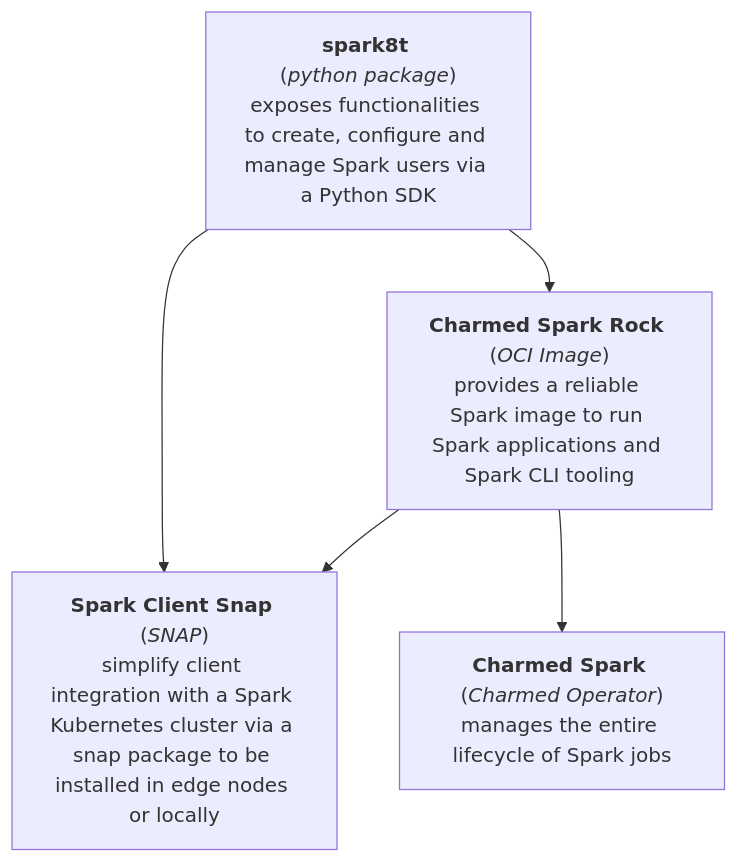
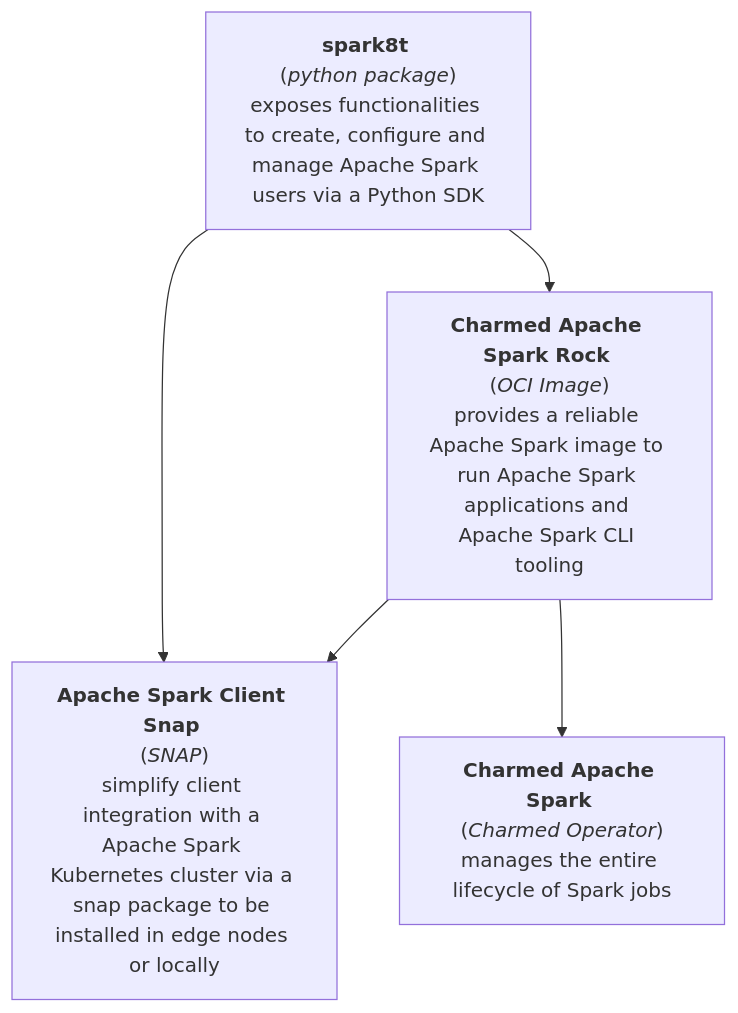
Before and after one commit to canonical/spark-k8s-bundle: the diagram in releases/3.4/yaml/docs/explanation/e-component-overview.md, drawn with Mermaid. The commit also changed other lines of this file and 26 other files, not shown here.

Commit message:
Renaming Spark to Apache Spark

````diff
--- a/releases/3.4/yaml/docs/explanation/e-component-overview.md
+++ b/releases/3.4/yaml/docs/explanation/e-component-overview.md
@@ -15,23 +15,23 @@
 ```mermaid
 flowchart TD
     spark8t["`**spark8t** 
     (*python package*)
-    exposes functionalities to create, configure and manage Spark users via a Python SDK`"]
+    exposes functionalities to create, configure and manage Apache Spark users via a Python SDK`"]
     
-    spark-rock["`**Charmed Spark Rock** 
+    spark-rock["`**Charmed Apache Spark Rock** 
     (*OCI Image*)
-    provides a reliable Spark image to run Spark applications and Spark CLI tooling`"]
+    provides a reliable Apache Spark image to run Apache Spark applications and Apache Spark CLI tooling`"]
 
-    spark-client["`**Spark Client Snap** 
+    spark-client["`**Apache Spark Client Snap** 
     (*SNAP*)
-    simplify client integration with a Spark Kubernetes cluster via a snap package to be installed in edge nodes or locally`"]
+    simplify client integration with a Apache Spark Kubernetes cluster via a snap package to be installed in edge nodes or locally`"]
 
-    spark-k8s-bundle["`**Charmed Spark** 
+    spark-k8s-bundle["`**Charmed Apache Spark** 
     (*Charmed Operator*)
     manages the entire lifecycle of Spark jobs`"]
 
     spark8t --> spark-rock
     spark8t --> spark-client
     spark-rock --> spark-client
     spark-rock --> spark-k8s-bundle
 ```
````
